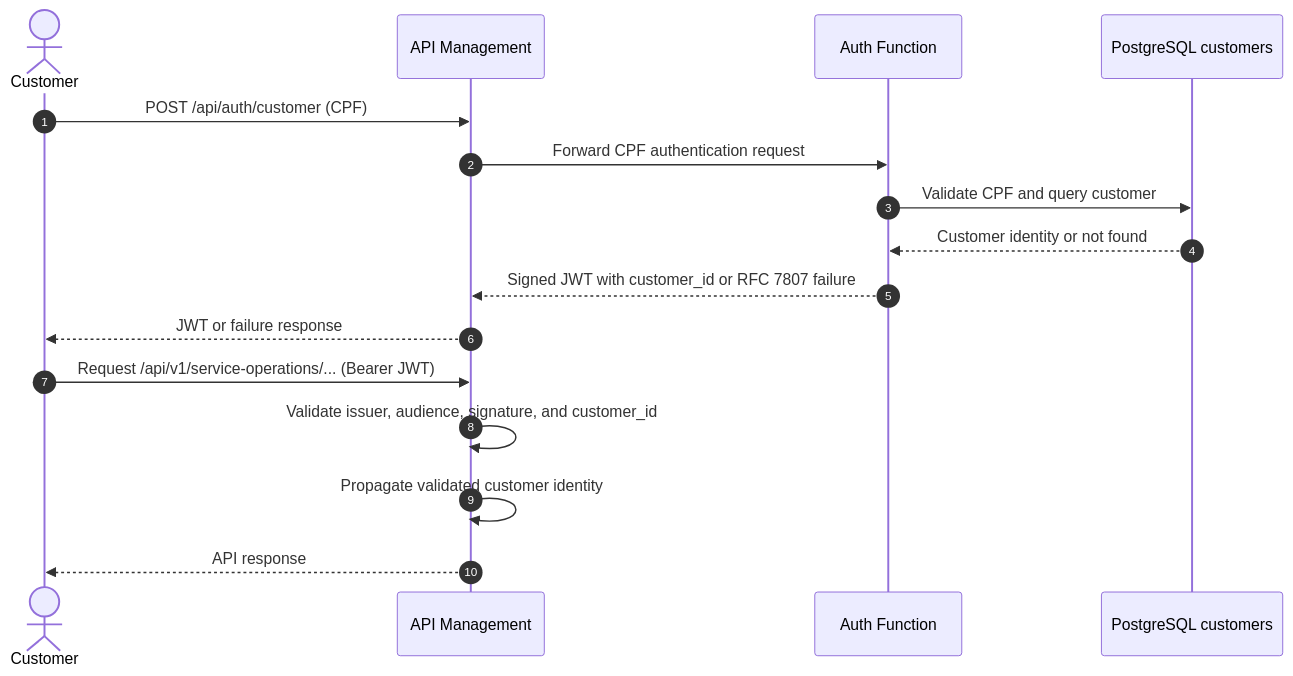
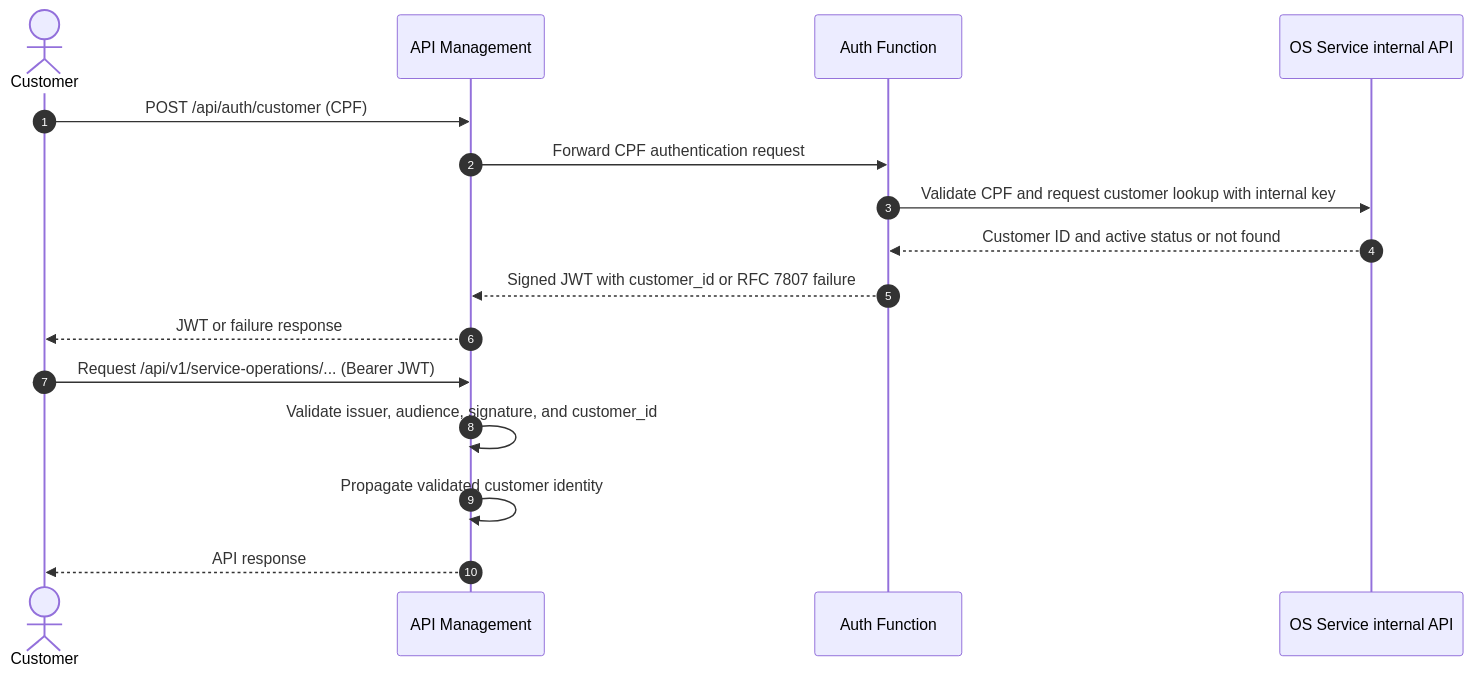
One commit to RiseOn-CatCar/catcar-platform changed the first of 2 diagrams in docs/architecture/auth-sequence.md. Above: the diagram before and after it, drawn with Mermaid. The commit also changed other lines of this file and 8 other files, not shown here.

First line of the commit message:
feat(apphost): auth function via OS service API and labelled payment simulator

````diff
--- a/docs/architecture/auth-sequence.md
+++ b/docs/architecture/auth-sequence.md
@@ -5,19 +5,19 @@
 ```mermaid
 sequenceDiagram
     autonumber
     actor Customer as Customer
     participant APIM as API Management
     participant Auth as Auth Function
-    participant DB as PostgreSQL customers
+    participant OS as OS Service internal API
 
     Customer->>APIM: POST /api/auth/customer (CPF)
     APIM->>Auth: Forward CPF authentication request
-    Auth->>DB: Validate CPF and query customer
-    DB-->>Auth: Customer identity or not found
+    Auth->>OS: Validate CPF and request customer lookup with internal key
+    OS-->>Auth: Customer ID and active status or not found
     Auth-->>APIM: Signed JWT with customer_id or RFC 7807 failure
     APIM-->>Customer: JWT or failure response
     Customer->>APIM: Request /api/v1/service-operations/... (Bearer JWT)
     APIM->>APIM: Validate issuer, audience, signature, and customer_id
     APIM->>APIM: Propagate validated customer identity
     APIM-->>Customer: API response
 ```
````
